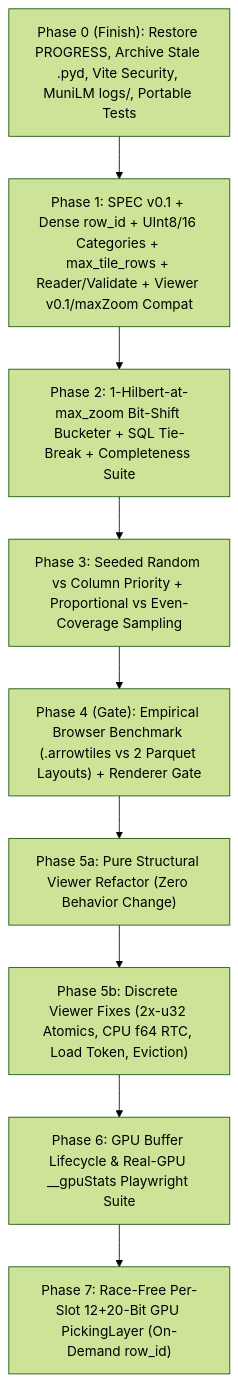
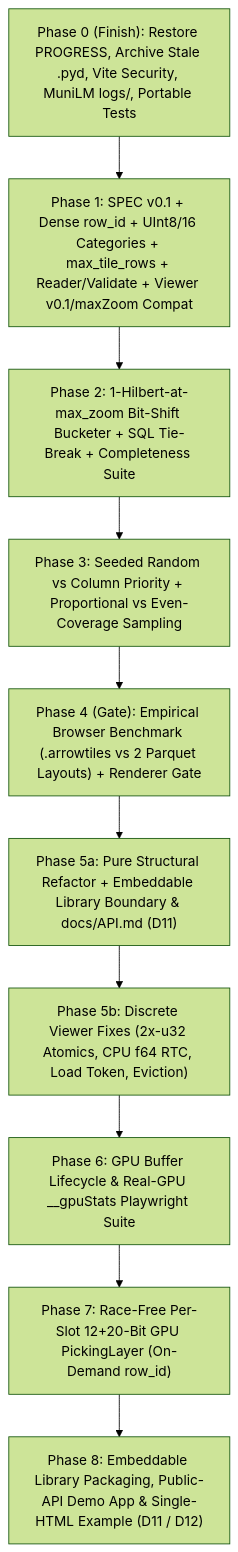
The diagram in logs/2026-11-19_05_PLAN_all_merged-consensus-revival-plan.md (kai-erlenbusch/arrowtiles), drawn with Mermaid (forest theme) before and after one commit. The commit also changed other lines of this file and 2 other files, not shown here.

Commit message:
docs(plan): record D11 embeddable library boundary, Phase 5a API.md gate, and Phase 8 packaging (D12)

````diff
--- a/logs/2026-11-19_05_PLAN_all_merged-consensus-revival-plan.md
+++ b/logs/2026-11-19_05_PLAN_all_merged-consensus-revival-plan.md
@@ -20,11 +20,12 @@
 ```mermaid
 flowchart TD
     P0["Phase 0 (Finish): Restore PROGRESS, Archive Stale .pyd, Vite Security, MuniLM logs/, Portable Tests"] --> P1["Phase 1: SPEC v0.1 + Dense row_id + UInt8/16 Categories + max_tile_rows + Reader/Validate + Viewer v0.1/maxZoom Compat"]
     P1 --> P2["Phase 2: 1-Hilbert-at-max_zoom Bit-Shift Bucketer + SQL Tie-Break + Completeness Suite"]
     P2 --> P3["Phase 3: Seeded Random vs Column Priority + Proportional vs Even-Coverage Sampling"]
     P3 --> P4["Phase 4 (Gate): Empirical Browser Benchmark (.arrowtiles vs 2 Parquet Layouts) + Renderer Gate"]
-    P4 --> P5a["Phase 5a: Pure Structural Viewer Refactor (Zero Behavior Change)"]
+    P4 --> P5a["Phase 5a: Pure Structural Refactor + Embeddable Library Boundary & docs/API.md (D11)"]
     P5a --> P5b["Phase 5b: Discrete Viewer Fixes (2x-u32 Atomics, CPU f64 RTC, Load Token, Eviction)"]
     P5b --> P6["Phase 6: GPU Buffer Lifecycle & Real-GPU __gpuStats Playwright Suite"]
     P6 --> P7["Phase 7: Race-Free Per-Slot 12+20-Bit GPU PickingLayer (On-Demand row_id)"]
+    P7 --> P8["Phase 8: Embeddable Library Packaging, Public-API Demo App & Single-HTML Example (D11 / D12)"]
 ```
````
